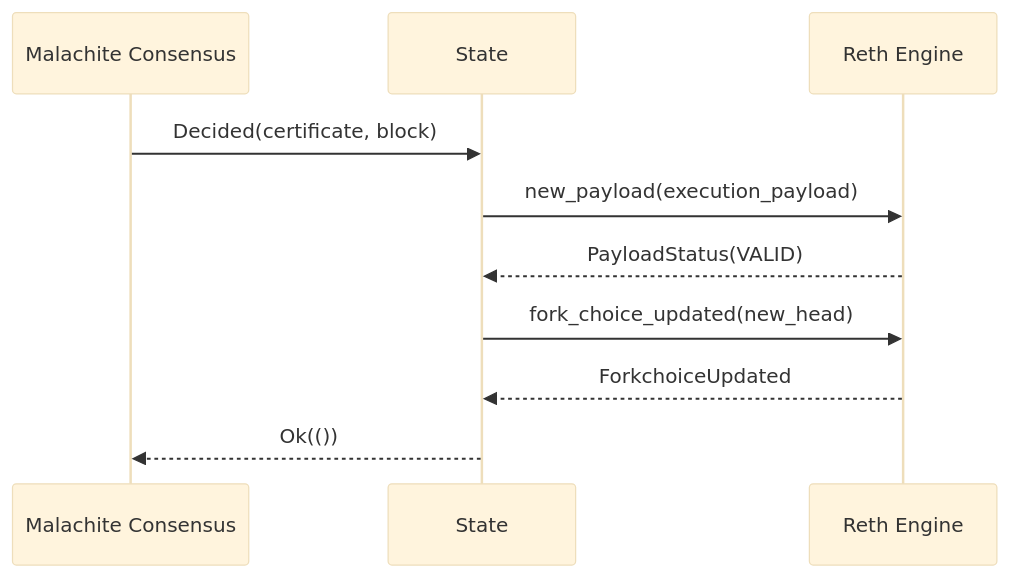
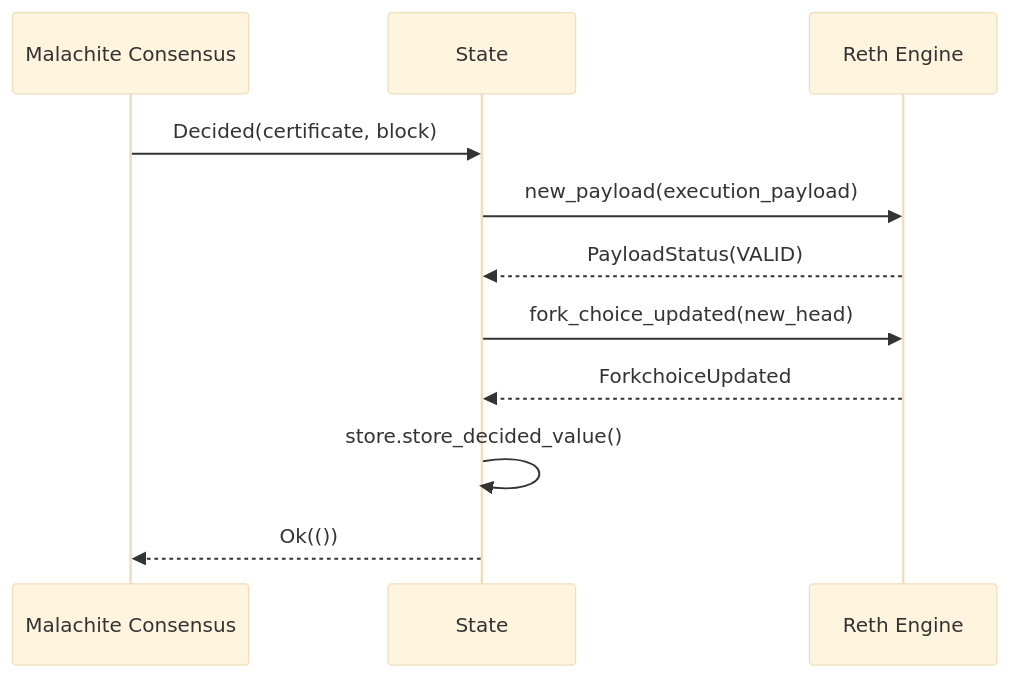
One commit to PaddyMc/tempo changed the second of 4 diagrams in docs/malachite-reth-interactions.md. Above: the diagram before and after it, drawn with Mermaid (base theme). The commit also changed other lines of this file, not shown here.

````diff
--- a/docs/malachite-reth-interactions.md
+++ b/docs/malachite-reth-interactions.md
@@ -106,13 +126,14 @@
 ```mermaid
 sequenceDiagram
     participant M as Malachite Consensus
     participant S as State
     participant E as Reth Engine
 
     M->>S: Decided(certificate, block)
     S->>E: new_payload(execution_payload)
     E-->>S: PayloadStatus(VALID)
     S->>E: fork_choice_updated(new_head)
     E-->>S: ForkchoiceUpdated
+    S->>S: store.store_decided_value()
     S-->>M: Ok(())
 ```
````
